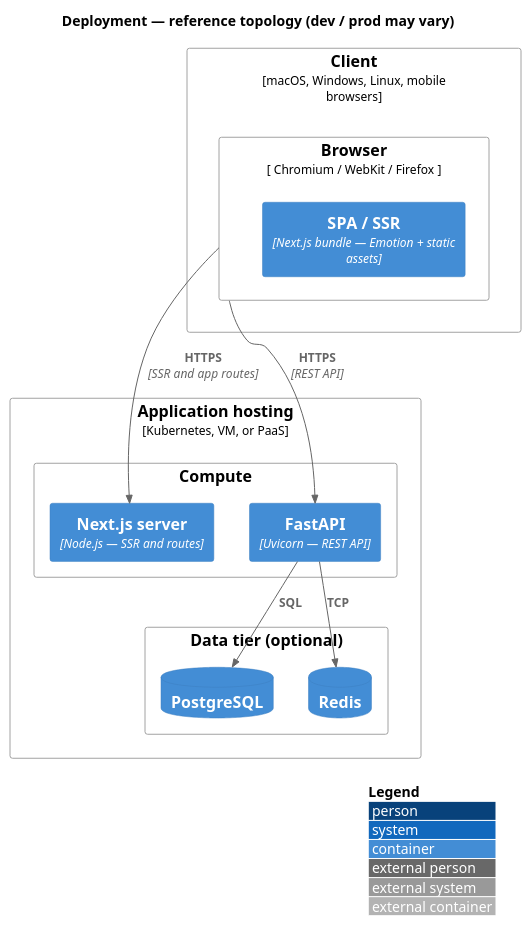
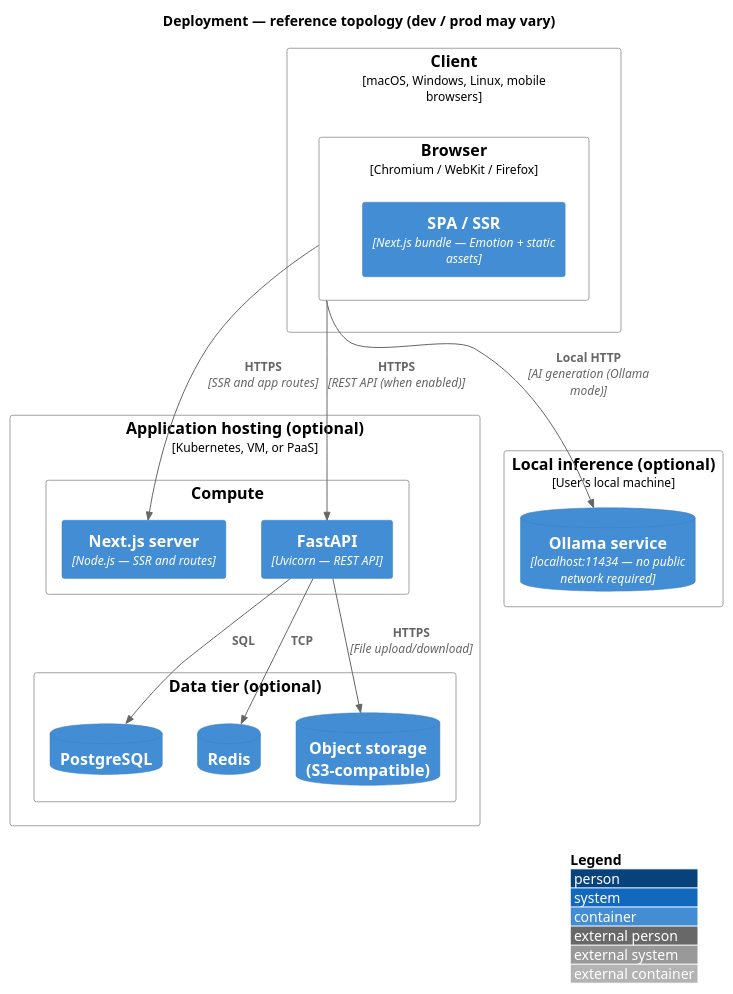
The diagram in docs/en/architecture/c4/c4-deployment.puml (felixzhu97/low-code-platform), drawn with PlantUML before and after one commit. The commit also changed 41 other files, not shown here.

```diff
--- a/docs/en/architecture/c4/c4-deployment.puml
+++ b/docs/en/architecture/c4/c4-deployment.puml
@@ -1,30 +1,37 @@
 @startuml c4-deployment-felix-low-code
 !include https://raw.githubusercontent.com/plantuml-stdlib/C4-PlantUML/master/C4_Deployment.puml
 
 LAYOUT_WITH_LEGEND()
 
 title Deployment — reference topology (dev / prod may vary)
 
 Deployment_Node(client, "Client", "macOS, Windows, Linux, mobile browsers") {
-    Deployment_Node(browser, "Browser", " Chromium / WebKit / Firefox ") {
+    Deployment_Node(browser, "Browser", "Chromium / WebKit / Firefox") {
         Container(webui, "SPA / SSR", "Next.js bundle — Emotion + static assets")
     }
 }
 
-Deployment_Node(hoster, "Application hosting", "Kubernetes, VM, or PaaS") {
+Deployment_Node(hoster, "Application hosting (optional)", "Kubernetes, VM, or PaaS") {
     Deployment_Node(compute, "Compute") {
         Container(next_runtime, "Next.js server", "Node.js — SSR and routes")
         Container(fastapi_runtime, "FastAPI", "Uvicorn — REST API")
     }
     Deployment_Node(data, "Data tier (optional)") {
         ContainerDb(postgres, "PostgreSQL")
         ContainerDb(redis, "Redis")
+        ContainerDb(object, "Object storage (S3-compatible)")
     }
 }
 
+Deployment_Node(ollama, "Local inference (optional)", "User's local machine") {
+    ContainerDb(ollama_svc, "Ollama service", "localhost:11434 — no public network required")
+}
+
 Rel(browser, next_runtime, "HTTPS", "SSR and app routes")
-Rel(browser, fastapi_runtime, "HTTPS", "REST API")
+Rel(browser, fastapi_runtime, "HTTPS", "REST API (when enabled)")
+Rel(browser, ollama_svc, "Local HTTP", "AI generation (Ollama mode)")
 Rel(fastapi_runtime, postgres, "SQL", "")
 Rel(fastapi_runtime, redis, "TCP", "")
+Rel(fastapi_runtime, object, "HTTPS", "File upload/download")
 
 @enduml
```
